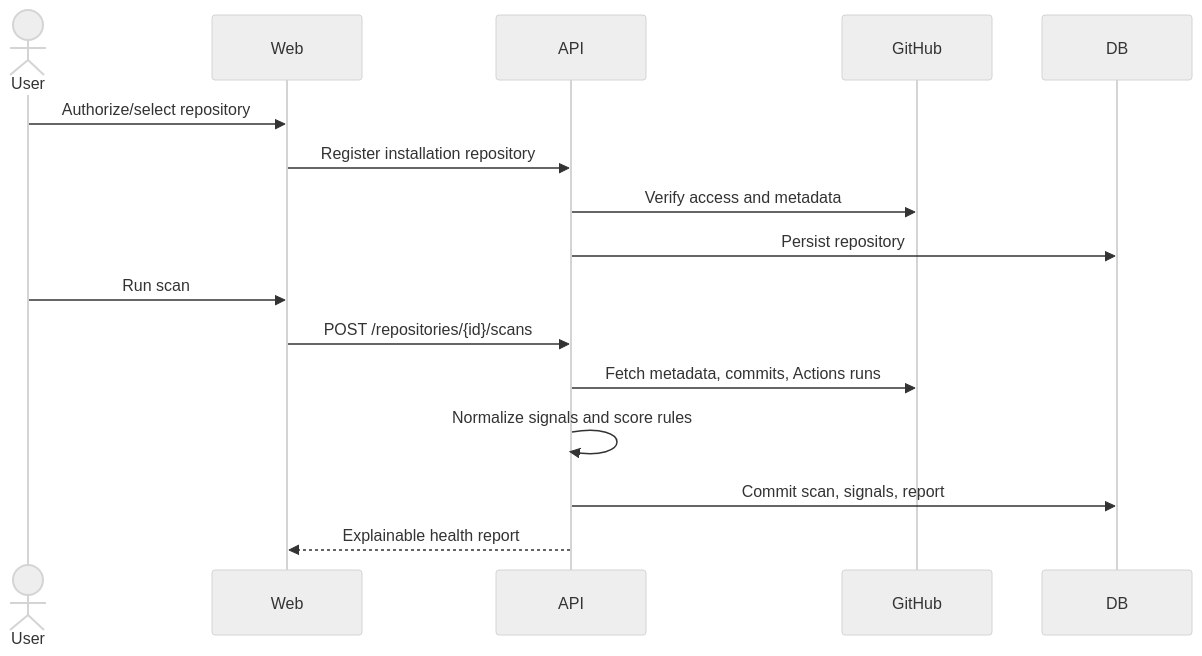
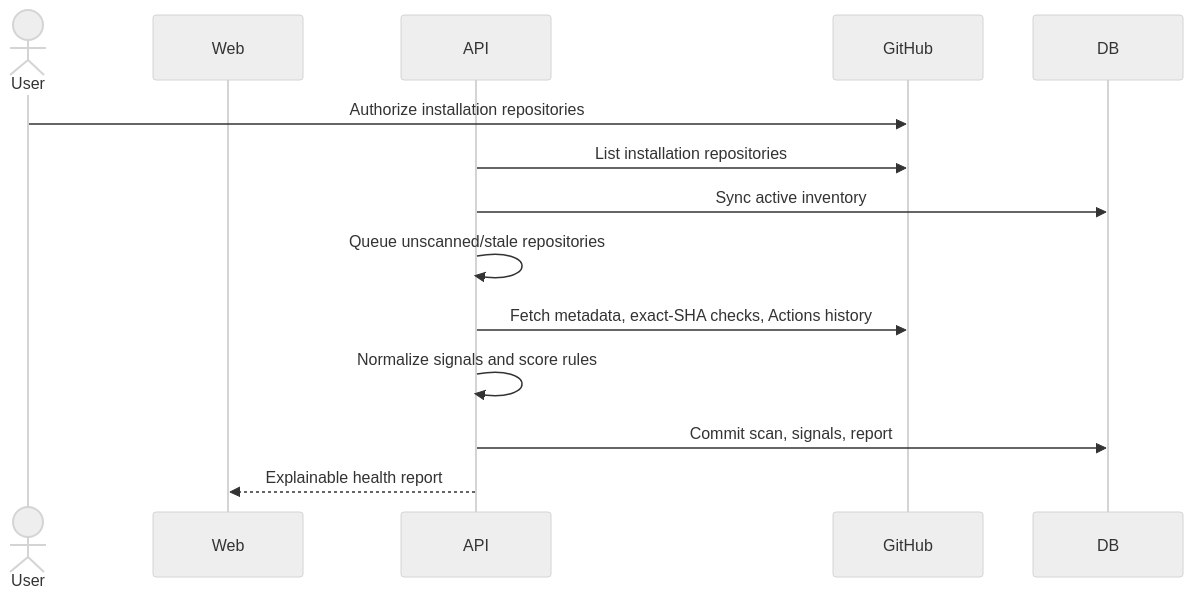
One commit to HazemHassine/GitAudit changed the second of 3 diagrams in docs/architecture/initial-architecture.md. Above: the diagram before and after it, drawn with Mermaid (neutral theme). The commit also changed other lines of this file and 42 other files, not shown here.

````diff
--- a/docs/architecture/initial-architecture.md
+++ b/docs/architecture/initial-architecture.md
@@ -50,18 +50,16 @@
 ```mermaid
 sequenceDiagram
   actor User
   participant Web
   participant API
   participant GitHub
   participant DB
-  User->>Web: Authorize/select repository
-  Web->>API: Register installation repository
-  API->>GitHub: Verify access and metadata
-  API->>DB: Persist repository
-  User->>Web: Run scan
-  Web->>API: POST /repositories/{id}/scans
-  API->>GitHub: Fetch metadata, commits, Actions runs
+  User->>GitHub: Authorize installation repositories
+  API->>GitHub: List installation repositories
+  API->>DB: Sync active inventory
+  API->>API: Queue unscanned/stale repositories
+  API->>GitHub: Fetch metadata, exact-SHA checks, Actions history
   API->>API: Normalize signals and score rules
   API->>DB: Commit scan, signals, report
   API-->>Web: Explainable health report
 ```
````
